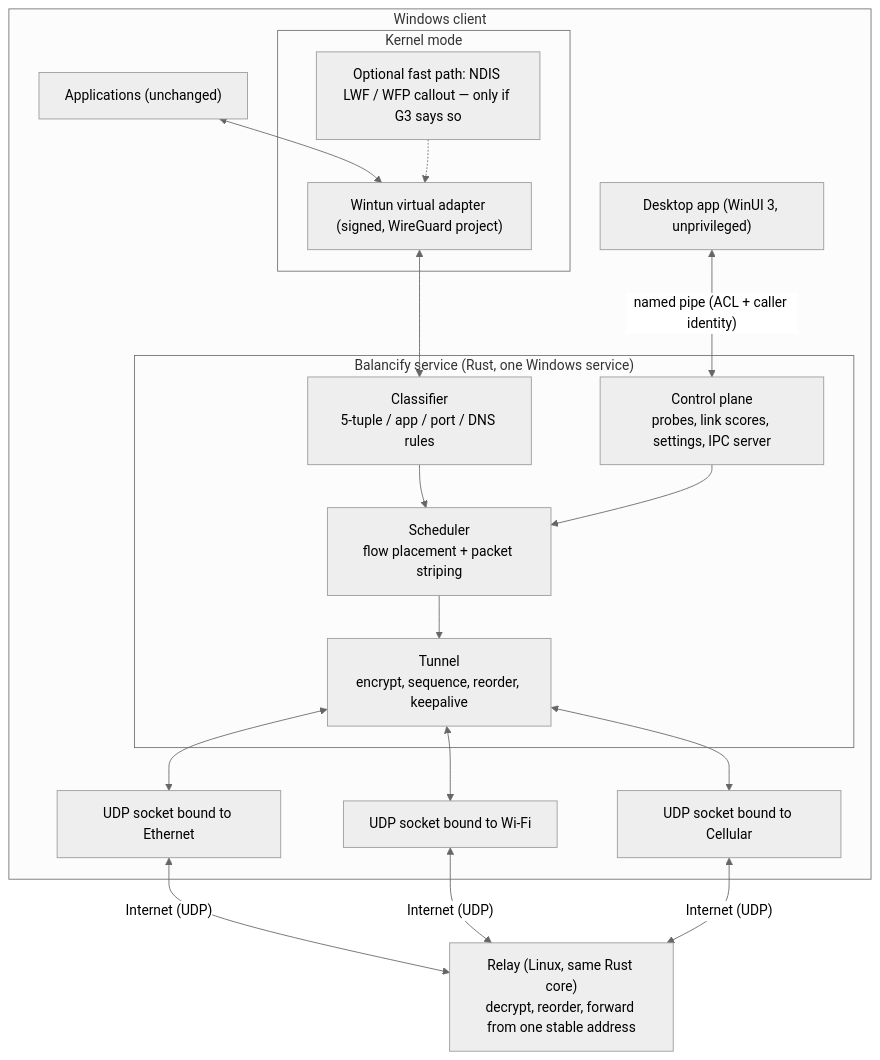
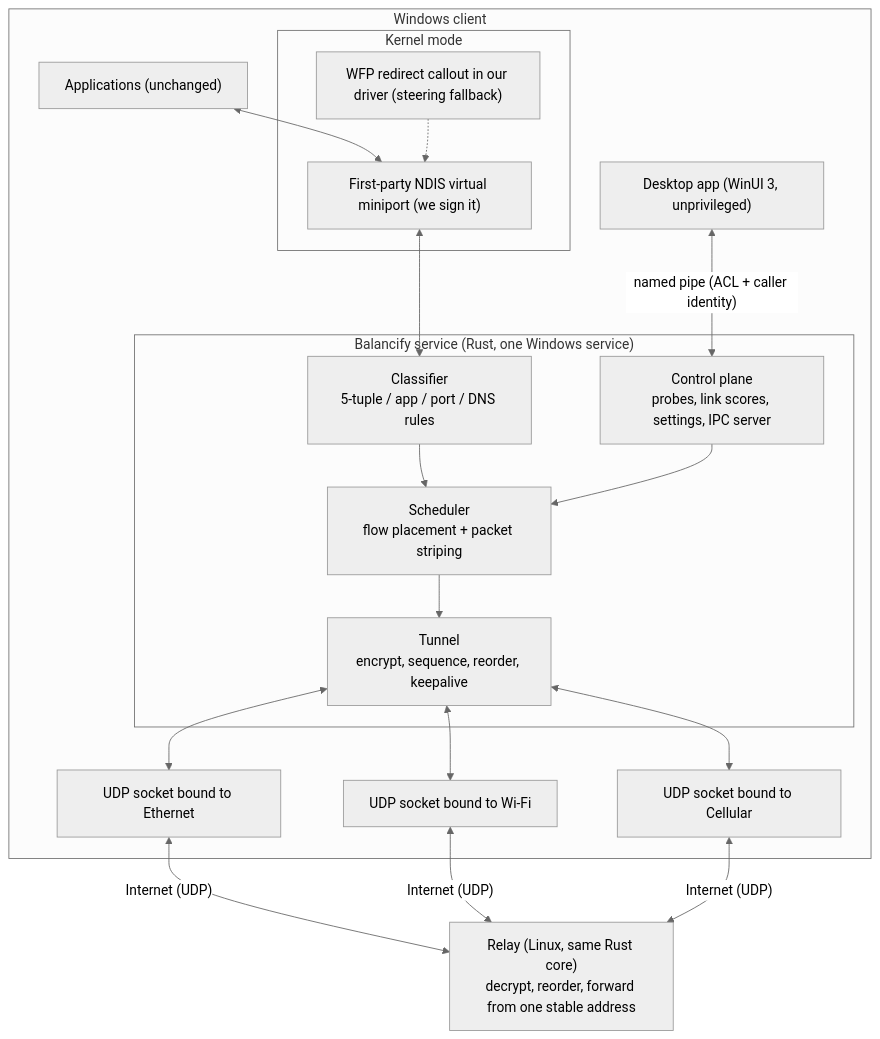
Before and after one commit to eTarikhi/BalanciFy: the first of 2 diagrams in docs/technical-blueprint.md, drawn with Mermaid (neutral theme). The commit also changed other lines of this file, not shown here.

First line of the commit message:
Blueprint rev 2: fully self-contained product + roadmap rewrite

````diff
--- a/docs/technical-blueprint.md
+++ b/docs/technical-blueprint.md
@@ -156,34 +157,34 @@
 ```mermaid
 flowchart TB
   subgraph client["Windows client"]
     APPS["Applications (unchanged)"]
     subgraph kernel["Kernel mode"]
-      WINTUN["Wintun virtual adapter (signed, WireGuard project)"]
-      FASTPATH["Optional fast path: NDIS LWF / WFP callout — only if G3 says so"]
+      WINTUN["First-party NDIS virtual miniport (we sign it)"]
+      FASTPATH["WFP redirect callout in our driver (steering fallback)"]
     end
     subgraph svc["Balancify service (Rust, one Windows service)"]
       CLS["Classifier\n5-tuple / app / port / DNS rules"]
       SCHED["Scheduler\nflow placement + packet striping"]
       TUN["Tunnel\nencrypt, sequence, reorder, keepalive"]
       CTRL["Control plane\nprobes, link scores, settings, IPC server"]
     end
     SOCK1["UDP socket bound to Ethernet"]
     SOCK2["UDP socket bound to Wi-Fi"]
     SOCK3["UDP socket bound to Cellular"]
     GUI["Desktop app (WinUI 3, unprivileged)"]
   end
   RELAY["Relay (Linux, same Rust core)\ndecrypt, reorder, forward from one stable address"]
   APPS <--> WINTUN
   WINTUN <--> CLS
   CLS --> SCHED
   SCHED --> TUN
   TUN <--> SOCK1
   TUN <--> SOCK2
   TUN <--> SOCK3
   CTRL --> SCHED
   GUI <-->|"named pipe (ACL + caller identity)"| CTRL
   SOCK1 <-->|"Internet (UDP)"| RELAY
   SOCK2 <-->|"Internet (UDP)"| RELAY
   SOCK3 <-->|"Internet (UDP)"| RELAY
   FASTPATH -.-> WINTUN
 ```
````
